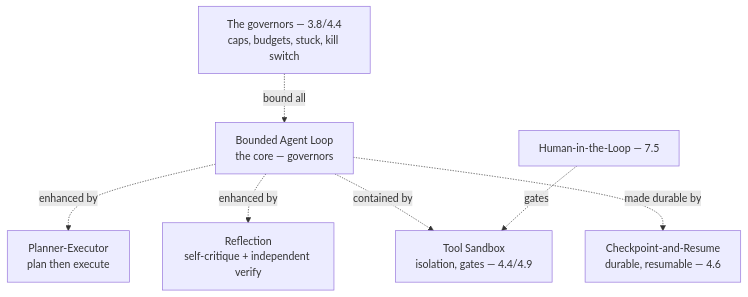
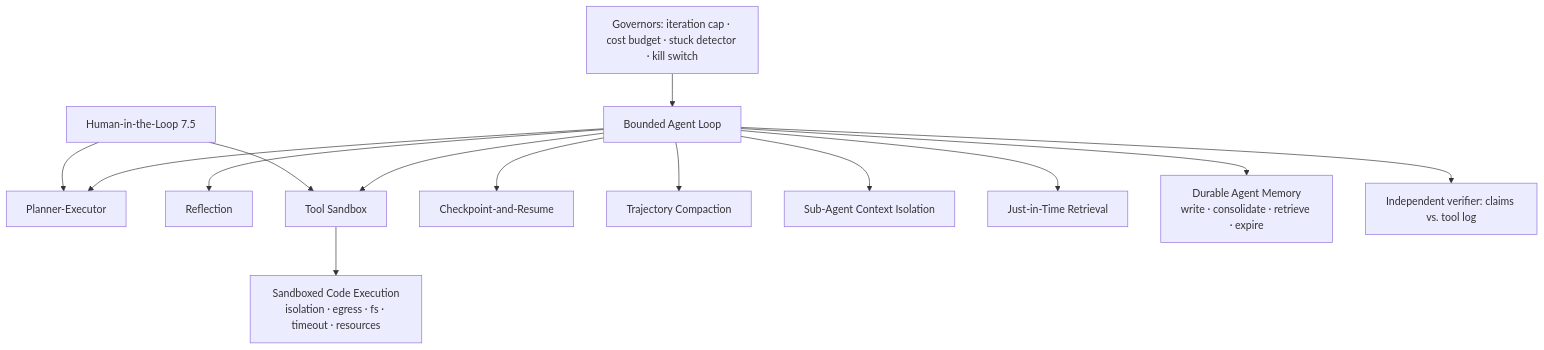
One commit to sivakrushna-works/GSAC changed the diagram in curriculum/part-7-enterprise-ai-architecture-patterns/chapter-04-agentic-patterns.md. Above: the diagram before and after it, drawn with Mermaid. The commit also changed other lines of this file and 11 other files, not shown here.

````diff
--- a/curriculum/part-7-enterprise-ai-architecture-patterns/chapter-04-agentic-patterns.md
+++ b/curriculum/part-7-enterprise-ai-architecture-patterns/chapter-04-agentic-patterns.md
@@ -89,13 +156,24 @@
 ```mermaid
 flowchart TD
-    LOOP[Bounded Agent Loop<br/>the core — governors]
-    PLAN[Planner-Executor<br/>plan then execute]
-    REFLECT[Reflection<br/>self-critique + independent verify]
-    SANDBOX[Tool Sandbox<br/>isolation, gates — 4.4/4.9]
-    CHECKPOINT[Checkpoint-and-Resume<br/>durable, resumable — 4.6]
-    LOOP -.enhanced by.-> PLAN & REFLECT
-    LOOP -.contained by.-> SANDBOX
-    LOOP -.made durable by.-> CHECKPOINT
-    GOVERNORS[The governors — 3.8/4.4<br/>caps, budgets, stuck, kill switch] -.bound all.-> LOOP
-    HITL[Human-in-the-Loop — 7.5] -.gates.-> SANDBOX
+    GOV[Governors: iteration cap · cost budget · stuck detector · kill switch]
+    LOOP[Bounded Agent Loop]
+    PLAN[Planner-Executor]
+    REFLECT[Reflection]
+    SANDBOX[Tool Sandbox]
+    CODE[Sandboxed Code Execution<br/>isolation · egress · fs · timeout · resources]
+    CKPT[Checkpoint-and-Resume]
+    COMPACT[Trajectory Compaction]
+    ISO[Sub-Agent Context Isolation]
+    JIT[Just-in-Time Retrieval]
+    MEM[Durable Agent Memory<br/>write · consolidate · retrieve · expire]
+    VERIFY[Independent verifier: claims vs. tool log]
+    HITL[Human-in-the-Loop 7.5]
+    GOV --> LOOP
+    LOOP --> PLAN & REFLECT
+    LOOP --> SANDBOX --> CODE
+    LOOP --> CKPT
+    LOOP --> COMPACT & ISO & JIT & MEM
+    LOOP --> VERIFY
+    HITL --> SANDBOX
+    HITL --> PLAN
 ```
````
